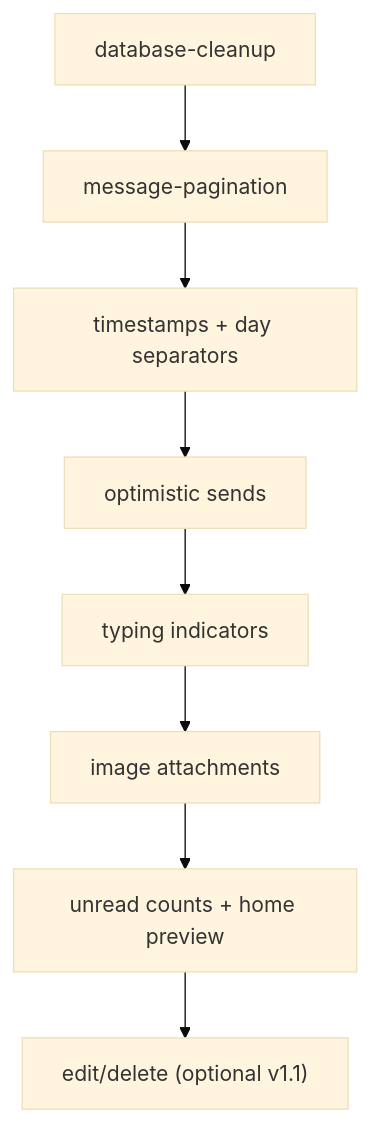
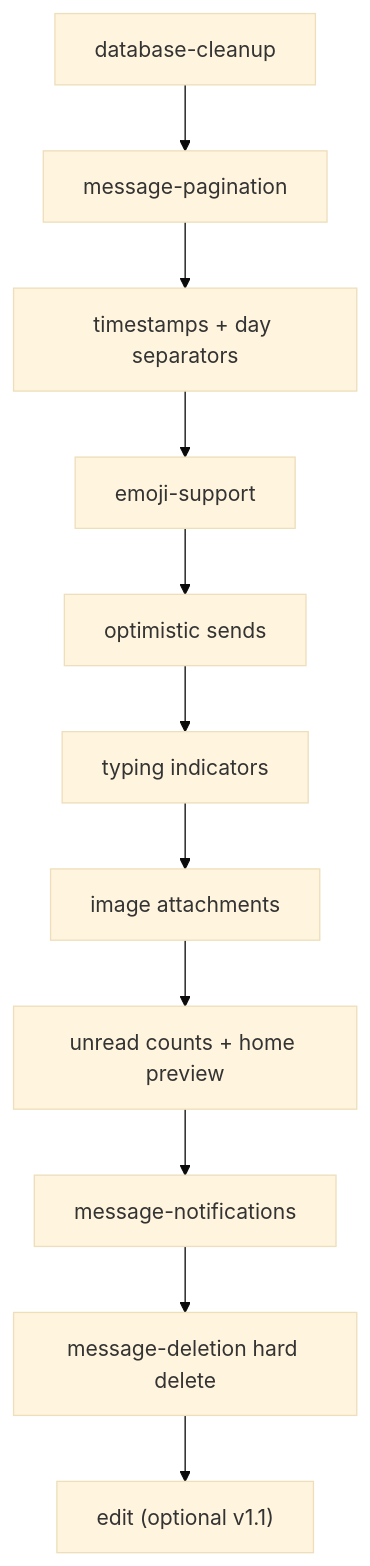
The diagram in architecture/plans/phase1/README.md (mustafafoisol/CallingApp), drawn with Mermaid (base theme) before and after one commit. The commit also changed other lines of this file and 3 other files, not shown here.

````diff
--- a/architecture/plans/phase1/README.md
+++ b/architecture/plans/phase1/README.md
@@ -18,10 +21,13 @@
 ```mermaid
 flowchart TD
   A[database-cleanup] --> B[message-pagination]
   B --> C[timestamps + day separators]
-  C --> D[optimistic sends]
-  D --> E[typing indicators]
-  E --> F[image attachments]
-  F --> G[unread counts + home preview]
-  G --> H["edit/delete (optional v1.1)"]
+  C --> D[emoji-support]
+  D --> E[optimistic sends]
+  E --> F[typing indicators]
+  F --> G[image attachments]
+  G --> H[unread counts + home preview]
+  H --> I[message-notifications]
+  I --> J[message-deletion hard delete]
+  J --> K["edit (optional v1.1)"]
 ```
````
